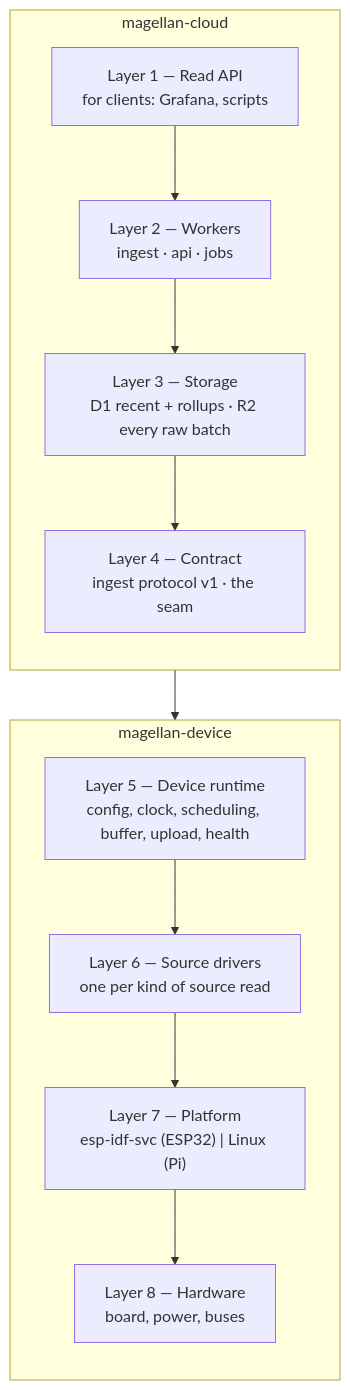
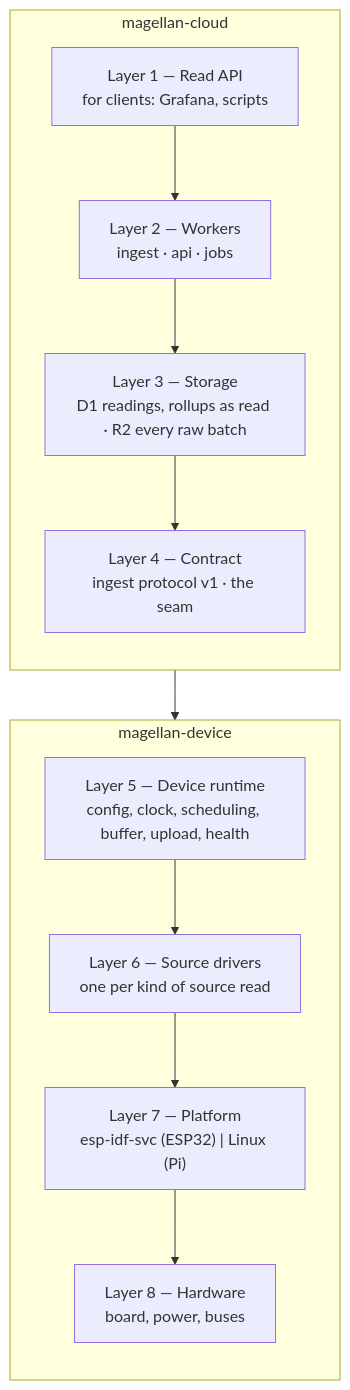
The first of 2 diagrams in docs/DESIGN.md (fabbrito/magellan-cloud), drawn with Mermaid before and after one commit. The commit also changed other lines of this file and 9 other files, not shown here.

````diff
--- a/docs/DESIGN.md
+++ b/docs/DESIGN.md
@@ -61,22 +61,22 @@
 ```mermaid
 flowchart TB
     subgraph cloud["magellan-cloud"]
         direction TB
         L1["Layer 1 — Read API<br/>for clients: Grafana, scripts"]
         L2["Layer 2 — Workers<br/>ingest · api · jobs"]
-        L3["Layer 3 — Storage<br/>D1 recent + rollups · R2 every raw batch"]
+        L3["Layer 3 — Storage<br/>D1 readings, rollups as read · R2 every raw batch"]
         L4["Layer 4 — Contract<br/>ingest protocol v1 · the seam"]
         L1 --> L2 --> L3 --> L4
     end
 
     subgraph device["magellan-device"]
         direction TB
         L5["Layer 5 — Device runtime<br/>config, clock, scheduling, buffer, upload, health"]
         L6["Layer 6 — Source drivers<br/>one per kind of source read"]
         L7["Layer 7 — Platform<br/>esp-idf-svc (ESP32) | Linux (Pi)"]
         L8["Layer 8 — Hardware<br/>board, power, buses"]
         L5 --> L6 --> L7 --> L8
     end
 
     L4 --> L5
 ```
````
